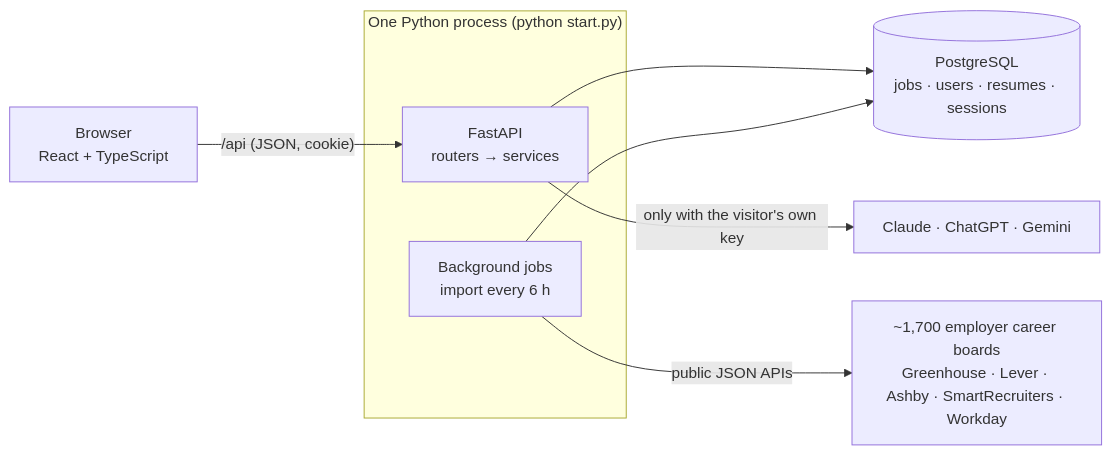
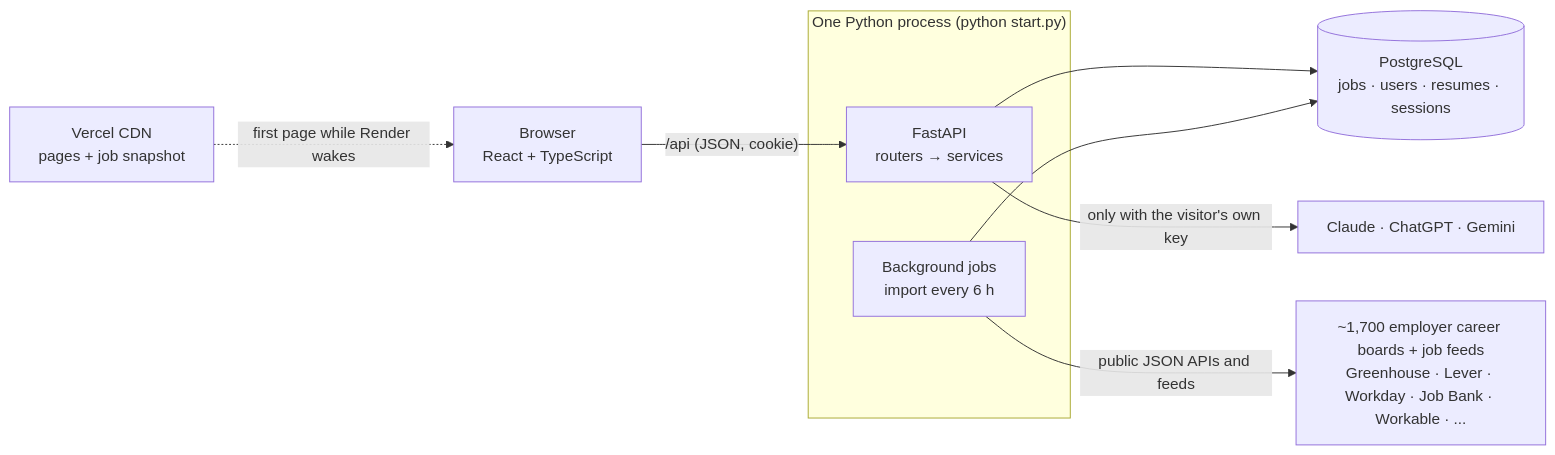
One commit to mbendari7/COOP-Radar changed the diagram in guides/how-it-works/README.md. Above: the diagram before and after it, drawn with Mermaid. The commit also changed other lines of this file and 21 other files, not shown here.

````diff
--- a/guides/how-it-works/README.md
+++ b/guides/how-it-works/README.md
@@ -124,12 +127,13 @@
 ```mermaid
 flowchart LR
     B["Browser<br/>React + TypeScript"] -->|"/api (JSON, cookie)"| API
     subgraph Server["One Python process (python start.py)"]
       API["FastAPI<br/>routers → services"]
       JOBS["Background jobs<br/>import every 6 h"]
     end
     API --> DB[("PostgreSQL<br/>jobs · users · resumes · sessions")]
     JOBS --> DB
-    JOBS -->|"public JSON APIs"| BOARDS["~1,700 employer career boards<br/>Greenhouse · Lever · Ashby · SmartRecruiters · Workday"]
+    JOBS -->|"public JSON APIs and feeds"| BOARDS["~1,700 employer career boards + job feeds<br/>Greenhouse · Lever · Workday · Job Bank · Workable · ..."]
     API -->|"only with the visitor's own key"| AI["Claude · ChatGPT · Gemini"]
+    CDN["Vercel CDN<br/>pages + job snapshot"] -.->|"first page while Render wakes"| B
 ```
````
